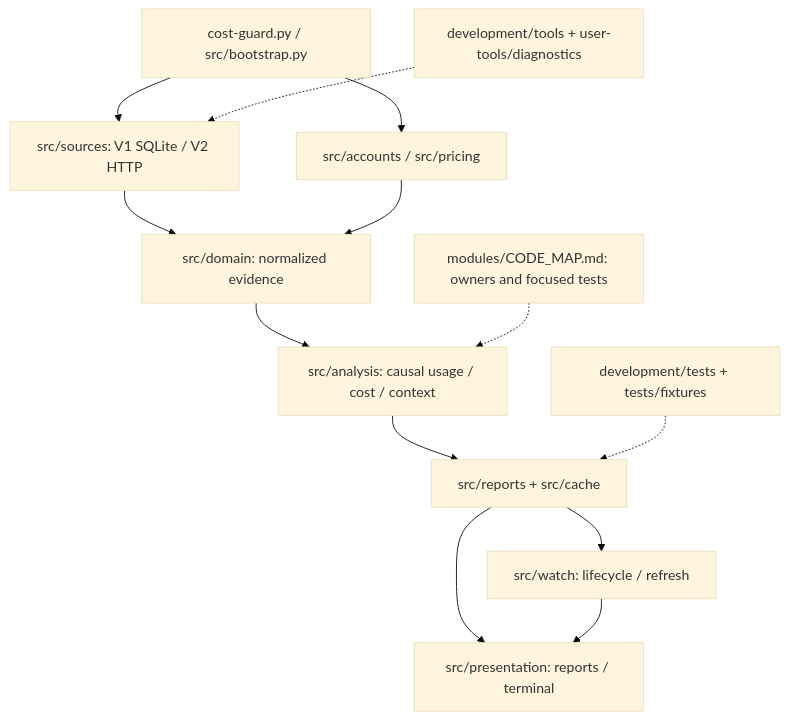
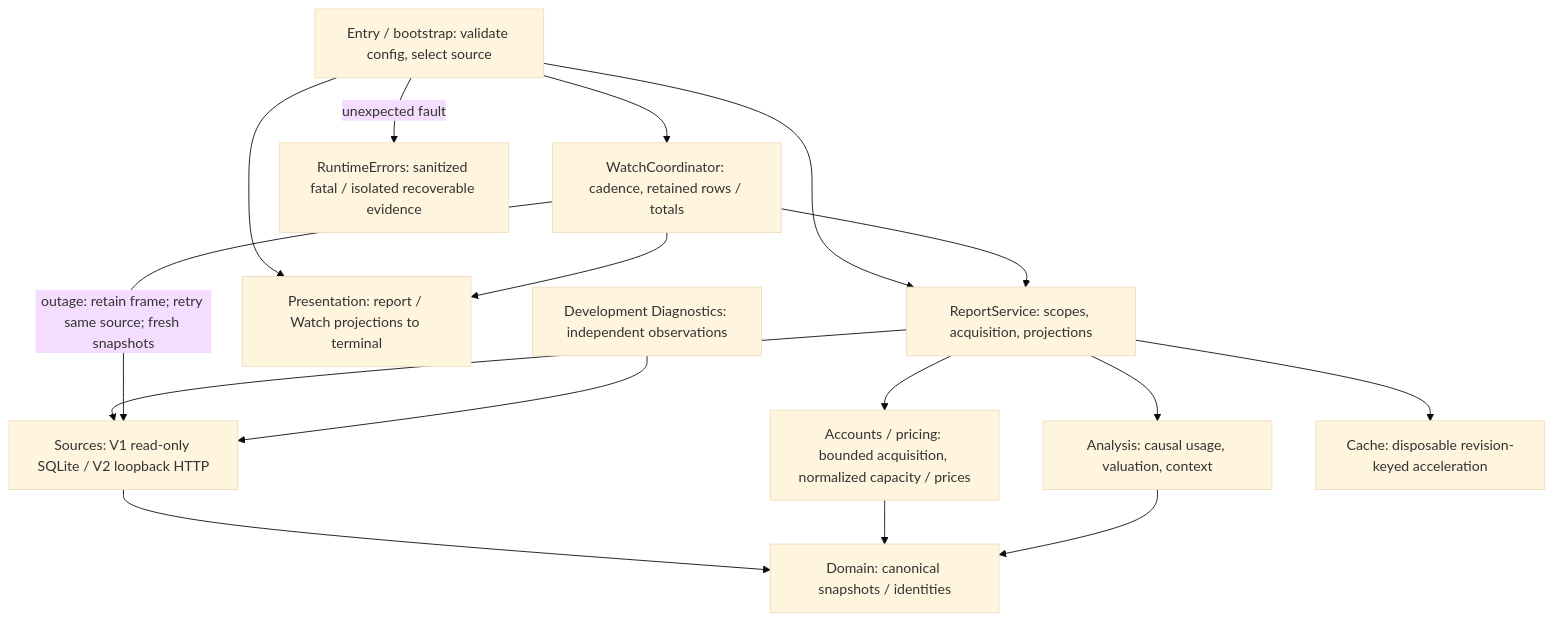
The first of 2 diagrams in development/architecture/OVERVIEW.md (qstoffe/cost-guard), drawn with Mermaid (base theme) before and after one commit. The commit also changed other lines of this file and 3 other files, not shown here.

Commit message:
docs: assess milestone-10 architecture and clarify runtime flow (#56)

````diff
--- a/development/architecture/OVERVIEW.md
+++ b/development/architecture/OVERVIEW.md
@@ -18,15 +18,18 @@
 ```mermaid
 flowchart TD
-    entry["cost-guard.py / src/bootstrap.py"] --> sources["src/sources: V1 SQLite / V2 HTTP"]
-    entry --> providers["src/accounts / src/pricing"]
-    sources --> domain["src/domain: normalized evidence"]
+    entry["Entry / bootstrap: validate config, select source"] --> reports["ReportService: scopes, acquisition, projections"]
+    entry --> watch["WatchCoordinator: cadence, retained rows / totals"]
+    watch --> reports
+    reports --> sources["Sources: V1 read-only SQLite / V2 loopback HTTP"]
+    reports --> providers["Accounts / pricing: bounded acquisition, normalized capacity / prices"]
+    sources --> domain["Domain: canonical snapshots / identities"]
     providers --> domain
-    domain --> analysis["src/analysis: causal usage / cost / context"]
-    analysis --> reports["src/reports + src/cache"]
-    reports --> watch["src/watch: lifecycle / refresh"]
-    reports --> presentation["src/presentation: reports / terminal"]
+    reports --> analysis["Analysis: causal usage, valuation, context"]
+    analysis --> domain
+    reports --> cache["Cache: disposable revision-keyed acceleration"]
+    entry --> presentation["Presentation: report / Watch projections to terminal"]
     watch --> presentation
-    owners["modules/CODE_MAP.md: owners and focused tests"] -.-> analysis
-    tests["development/tests + tests/fixtures"] -.-> reports
-    diagnostics["development/tools + user-tools/diagnostics"] -.-> sources
+    watch -->|"outage: retain frame; retry same source; fresh snapshots"| sources
+    entry -->|"unexpected fault"| faults["RuntimeErrors: sanitized fatal / isolated recoverable evidence"]
+    diagnostics["Development Diagnostics: independent observations"] --> sources
 ```
````
